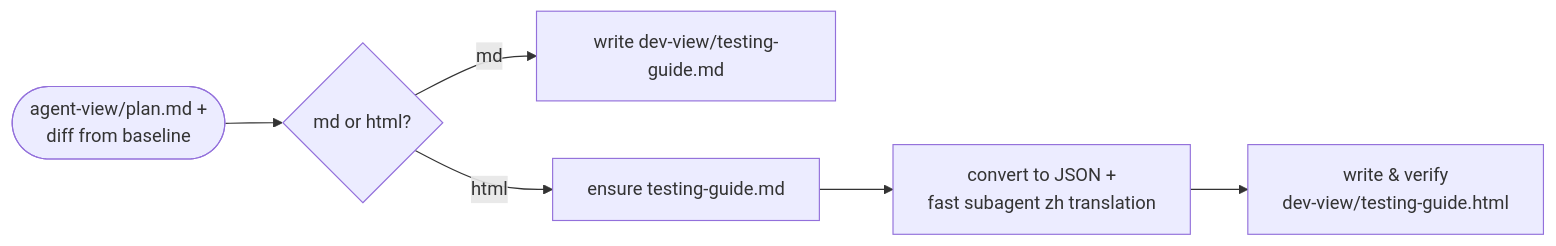
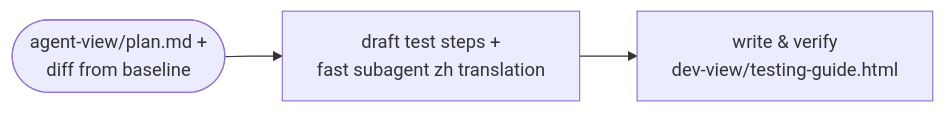
Before and after one commit to le0u0/just-do-it: the diagram in docs/to-test-doc.md, drawn with Mermaid. The commit also changed other lines of this file and 39 other files, not shown here.

Commit message:
feat: move ut, e2e, and review md to agent-view and default dev-view to html

````diff
--- a/docs/to-test-doc.md
+++ b/docs/to-test-doc.md
@@ -7,6 +7,5 @@
 ```mermaid
 flowchart LR
-    IN([agent-view/plan.md +<br/>diff from baseline]) --> Q{md or html?}
-    Q -->|md| M[write dev-view/testing-guide.md]
-    Q -->|html| M2[ensure testing-guide.md] --> J[convert to JSON +<br/>fast subagent zh translation] --> H[write & verify<br/>dev-view/testing-guide.html]
+    IN([agent-view/plan.md +<br/>diff from baseline]) --> D[draft test steps +<br/>fast subagent zh translation]
+    D --> H[write & verify<br/>dev-view/testing-guide.html]
 ```
````
